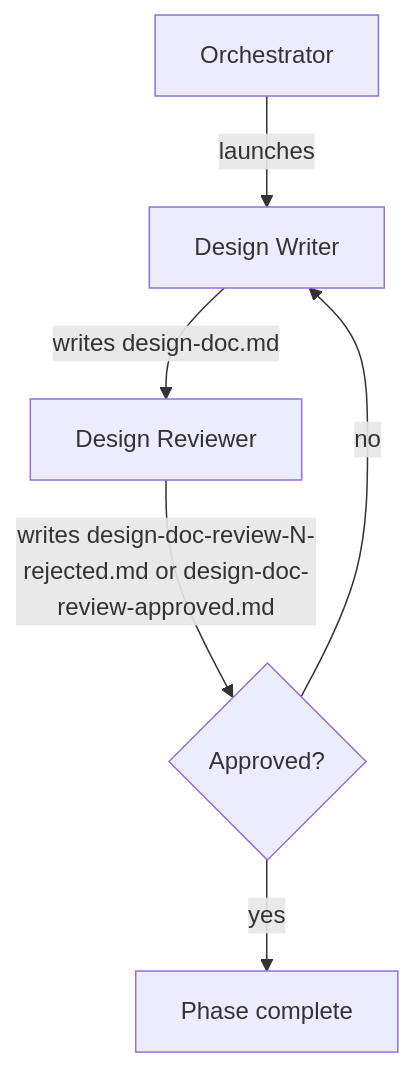
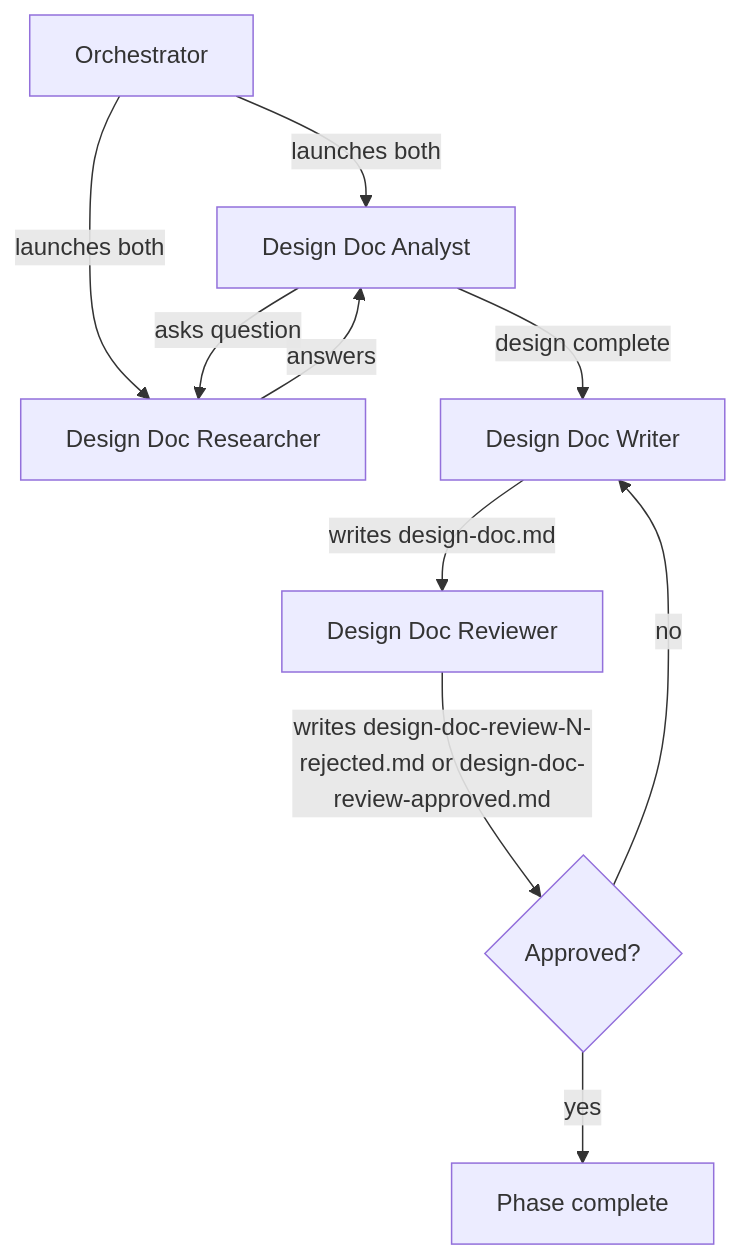
One commit to Automattic/radical-pipelines changed the diagram in .agents/skills/radical-pipelines/reference/autonomous-phases/2 - design-doc.md. Above: the diagram before and after it, drawn with Mermaid. The commit also changed other lines of this file and 19 other files, not shown here.

````diff
--- a/.agents/skills/radical-pipelines/reference/autonomous-phases/2 - design-doc.md
+++ b/.agents/skills/radical-pipelines/reference/autonomous-phases/2 - design-doc.md
@@ -33,8 +38,12 @@
 ```mermaid
 flowchart TD
-    A[Orchestrator] -->|launches| B[Design Writer]
-    B -->|writes design-doc.md| C[Design Reviewer]
-    C -->|writes design-doc-review-N-rejected.md or design-doc-review-approved.md| D{Approved?}
-    D -->|no| B
-    D -->|yes| E[Phase complete]
+    A[Orchestrator] -->|launches both| B[Design Doc Analyst]
+    A -->|launches both| C[Design Doc Researcher]
+    B -->|asks question| C
+    C -->|answers| B
+    B -->|design complete| D[Design Doc Writer]
+    D -->|writes design-doc.md| E[Design Doc Reviewer]
+    E -->|writes design-doc-review-N-rejected.md or design-doc-review-approved.md| F{Approved?}
+    F -->|no| D
+    F -->|yes| G[Phase complete]
 ```
````
